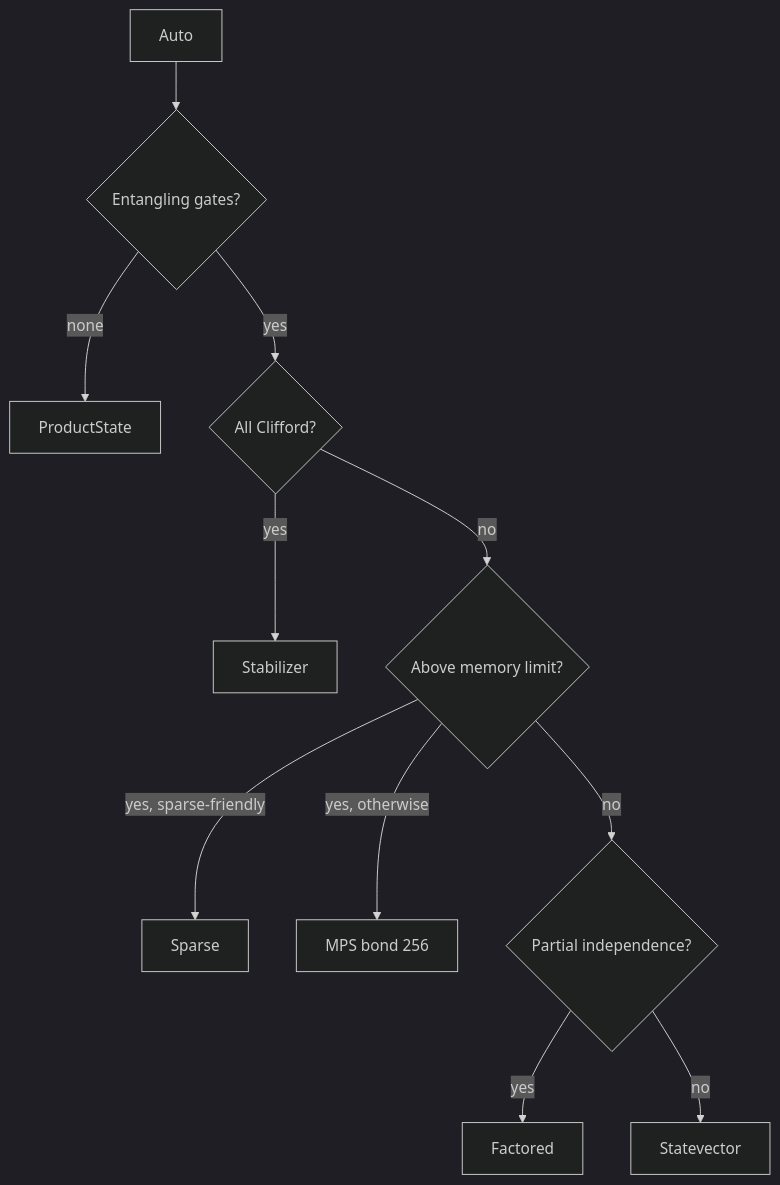
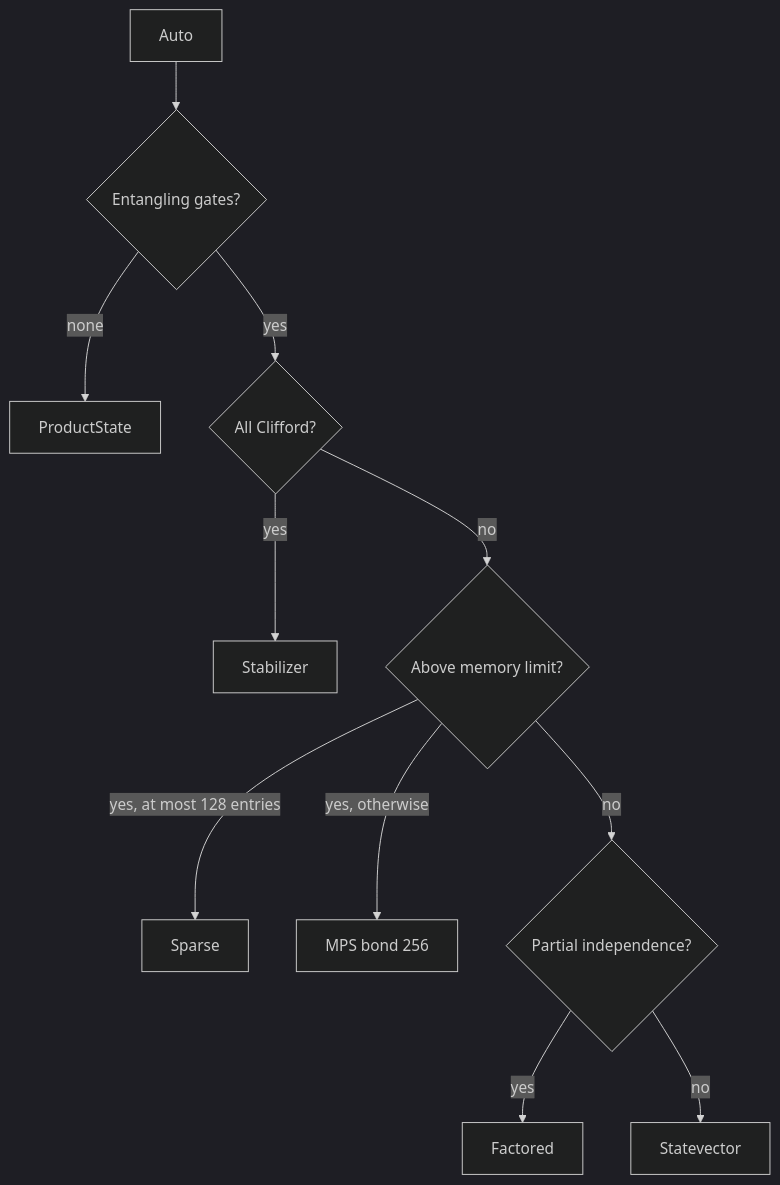
The diagram in docs/getting-started/choosing-a-backend.md (AbeCoull/prism-q), drawn with Mermaid (dark theme) before and after one commit. The commit also changed 7 other files, not shown here.

````diff
--- a/docs/getting-started/choosing-a-backend.md
+++ b/docs/getting-started/choosing-a-backend.md
@@ -17,13 +17,13 @@
 ```mermaid
 flowchart TD
     A[Auto] --> E{Entangling gates?}
     E -- none --> PS[ProductState]
     E -- yes --> CL{All Clifford?}
     CL -- yes --> STB[Stabilizer]
     CL -- no --> MEM{Above memory limit?}
-    MEM -- "yes, sparse-friendly" --> SPR[Sparse]
+    MEM -- "yes, at most 128 entries" --> SPR[Sparse]
     MEM -- "yes, otherwise" --> MPS[MPS bond 256]
     MEM -- no --> IND{Partial independence?}
     IND -- yes --> FAC[Factored]
     IND -- no --> SV[Statevector]
 ```
````
